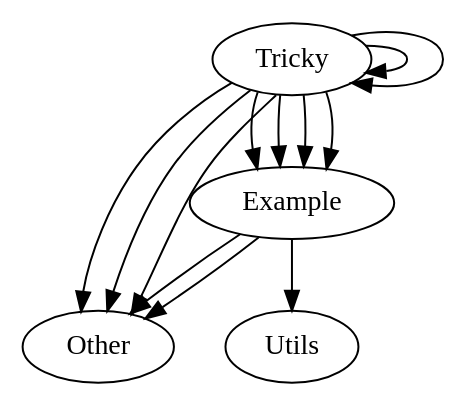
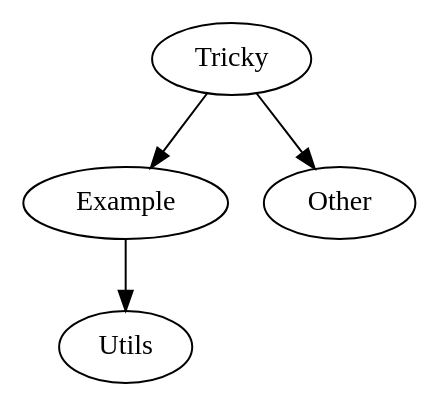
One commit to Zebzab7/programanalysis changed the diagram in graph.dot. Above: the diagram before and after it, drawn with Graphviz. The commit also changed 1 other file, not shown here.

```diff
--- a/graph.dot
+++ b/graph.dot
@@ -1,14 +1,5 @@
 digraph G {
-Example -> Other
 Example -> Utils
-Example -> Other
-Tricky -> Example
-Tricky -> Tricky
-Tricky -> Example
-Tricky -> Other
-Tricky -> Other
-Tricky -> Example
-Tricky -> Tricky
 Tricky -> Other
 Tricky -> Example
 }
```
